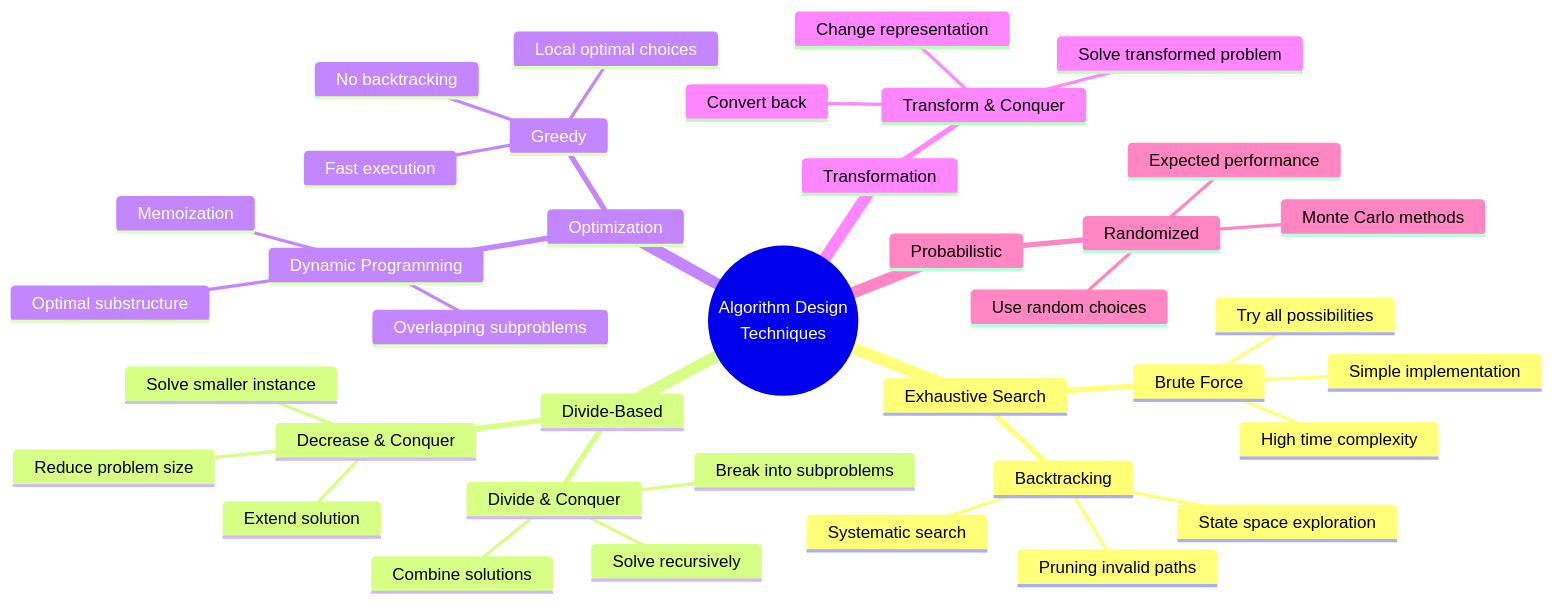
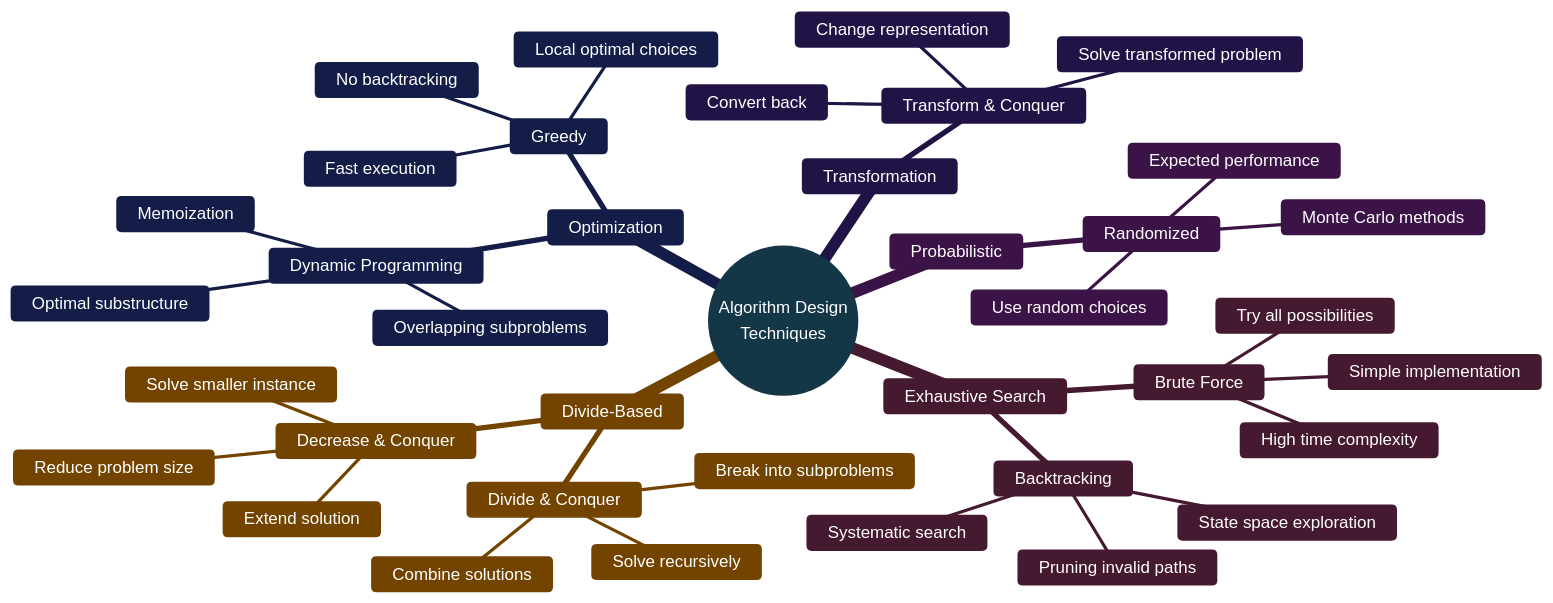
One commit to AbhishekGiri04/Algorithmics-Foundations changed the second of 9 diagrams in concepts/algorithm-design.md. Above: the diagram before and after it, drawn with Mermaid.

Commit message:
Update Algorithm Design Paradigms Overview with professional colors and white font

````diff
--- a/concepts/algorithm-design.md
+++ b/concepts/algorithm-design.md
@@ -84,41 +84,43 @@
 ```mermaid
 mindmap
   root((Algorithm Design<br/>Techniques))
     Exhaustive Search
       Brute Force
         Try all possibilities
         Simple implementation
         High time complexity
       Backtracking
         Systematic search
         Pruning invalid paths
         State space exploration
     Divide-Based
       Divide & Conquer
         Break into subproblems
         Solve recursively
         Combine solutions
       Decrease & Conquer
         Reduce problem size
         Solve smaller instance
         Extend solution
     Optimization
       Greedy
         Local optimal choices
         No backtracking
         Fast execution
       Dynamic Programming
         Optimal substructure
         Overlapping subproblems
         Memoization
     Transformation
       Transform & Conquer
         Change representation
         Solve transformed problem
         Convert back
     Probabilistic
       Randomized
         Use random choices
         Expected performance
         Monte Carlo methods
+
+%%{init: {'theme':'base', 'themeVariables': {'primaryColor':'#2E86AB', 'primaryTextColor':'#ffffff', 'primaryBorderColor':'#ffffff', 'lineColor':'#4A4A4A', 'secondaryColor':'#A23B72', 'tertiaryColor':'#F18F01', 'background':'#C73E1D', 'mainBkg':'#2E86AB', 'secondBkg':'#A23B72', 'tertiaryBkg':'#F18F01'}}}%%
 ```
````
